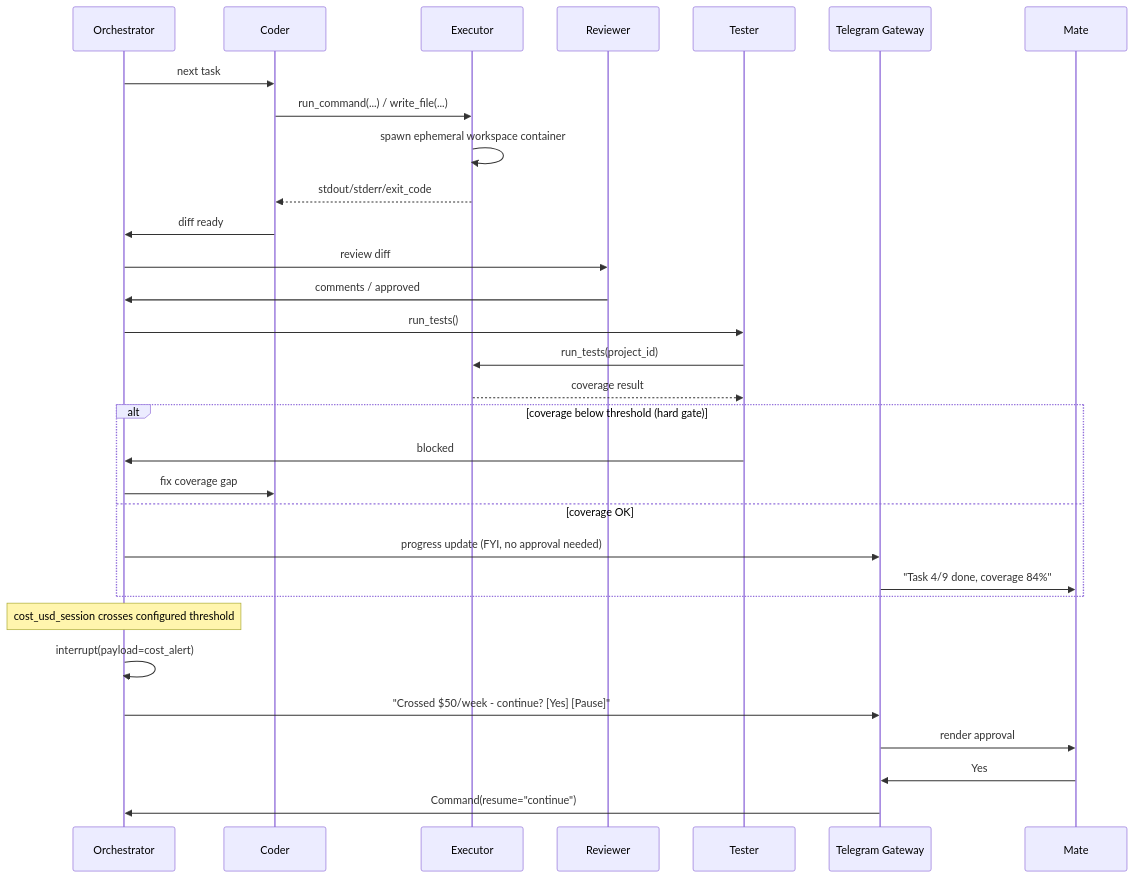
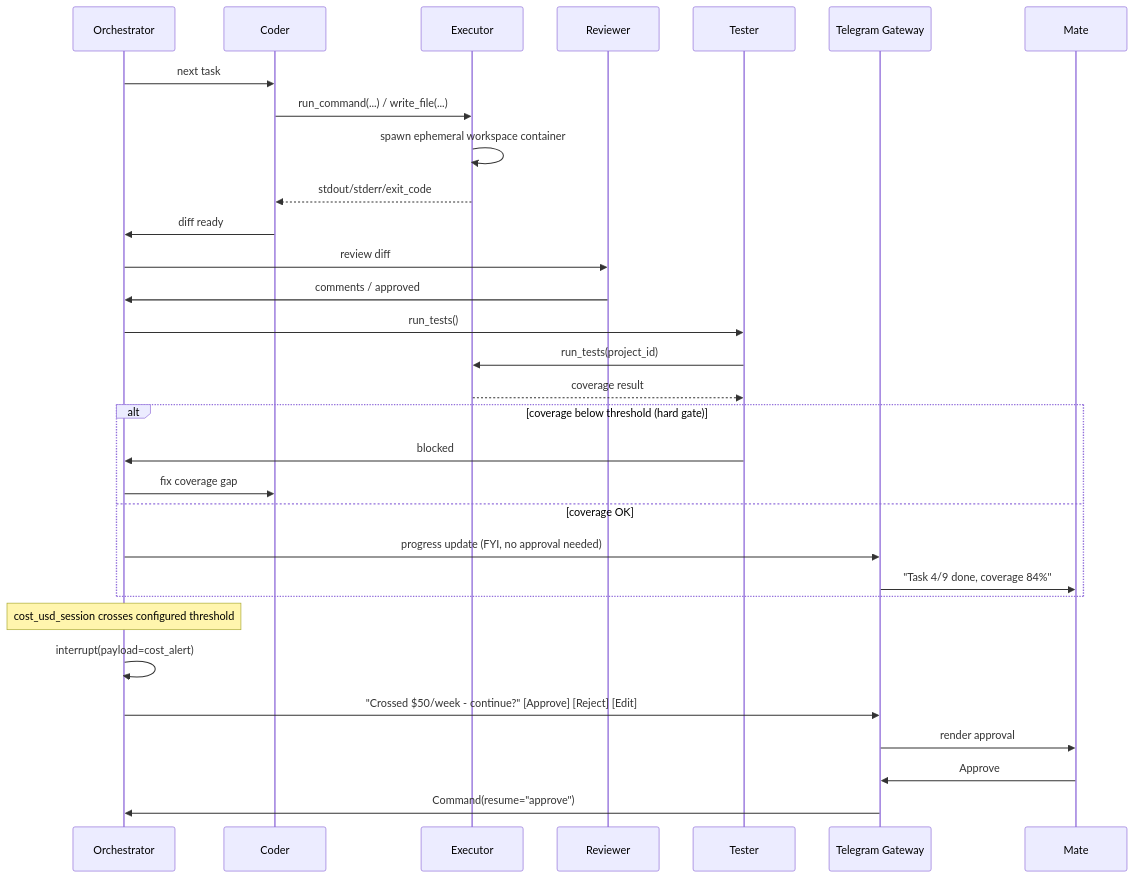
The third of 5 diagrams in ARCHITECTURE.md (snipa14/AgentBuddy), drawn with Mermaid before and after one commit. The commit also changed other lines of this file and 18 other files, not shown here.

````diff
--- a/ARCHITECTURE.md
+++ b/ARCHITECTURE.md
@@ -351,34 +351,34 @@
 ```mermaid
 sequenceDiagram
     participant O as Orchestrator
     participant C as Coder
     participant EXE as Executor
     participant R as Reviewer
     participant T as Tester
     participant TG as Telegram Gateway
     participant U as Mate
 
     O->>C: next task
     C->>EXE: run_command(...) / write_file(...)
     EXE->>EXE: spawn ephemeral workspace container
     EXE-->>C: stdout/stderr/exit_code
     C->>O: diff ready
     O->>R: review diff
     R->>O: comments / approved
     O->>T: run_tests()
     T->>EXE: run_tests(project_id)
     EXE-->>T: coverage result
     alt coverage below threshold (hard gate)
         T->>O: blocked
         O->>C: fix coverage gap
     else coverage OK
         O->>TG: progress update (FYI, no approval needed)
         TG->>U: "Task 4/9 done, coverage 84%"
     end
     Note over O: cost_usd_session crosses configured threshold
     O->>O: interrupt(payload=cost_alert)
-    O->>TG: "Crossed $50/week - continue? [Yes] [Pause]"
+    O->>TG: "Crossed $50/week - continue?" [Approve] [Reject] [Edit]
     TG->>U: render approval
-    U->>TG: Yes
-    TG->>O: Command(resume="continue")
+    U->>TG: Approve
+    TG->>O: Command(resume="approve")
 ```
````
